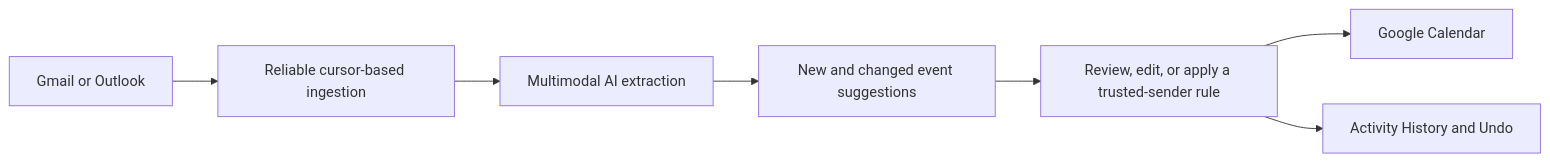
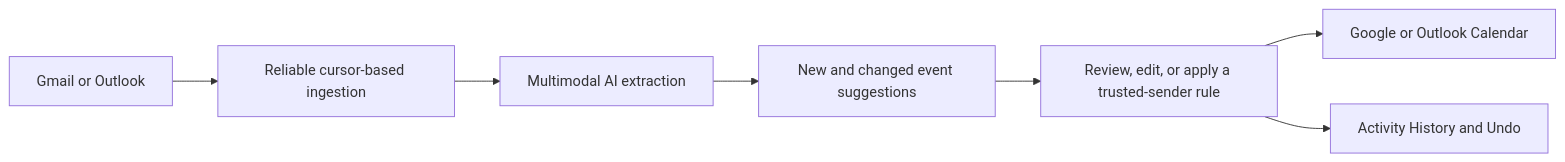
The diagram in README.md (tonimelisma/selko), drawn with Mermaid before and after one commit. The commit also changed other lines of this file and 227 other files, not shown here.

````diff
--- a/README.md
+++ b/README.md
@@ -81,9 +81,9 @@
 ```mermaid
 flowchart LR
     A["Gmail or Outlook"] --> B["Reliable cursor-based ingestion"]
     B --> C["Multimodal AI extraction"]
     C --> D["New and changed event suggestions"]
     D --> E["Review, edit, or apply a trusted-sender rule"]
-    E --> F["Google Calendar"]
+    E --> F["Google or Outlook Calendar"]
     E --> G["Activity History and Undo"]
 ```
````
